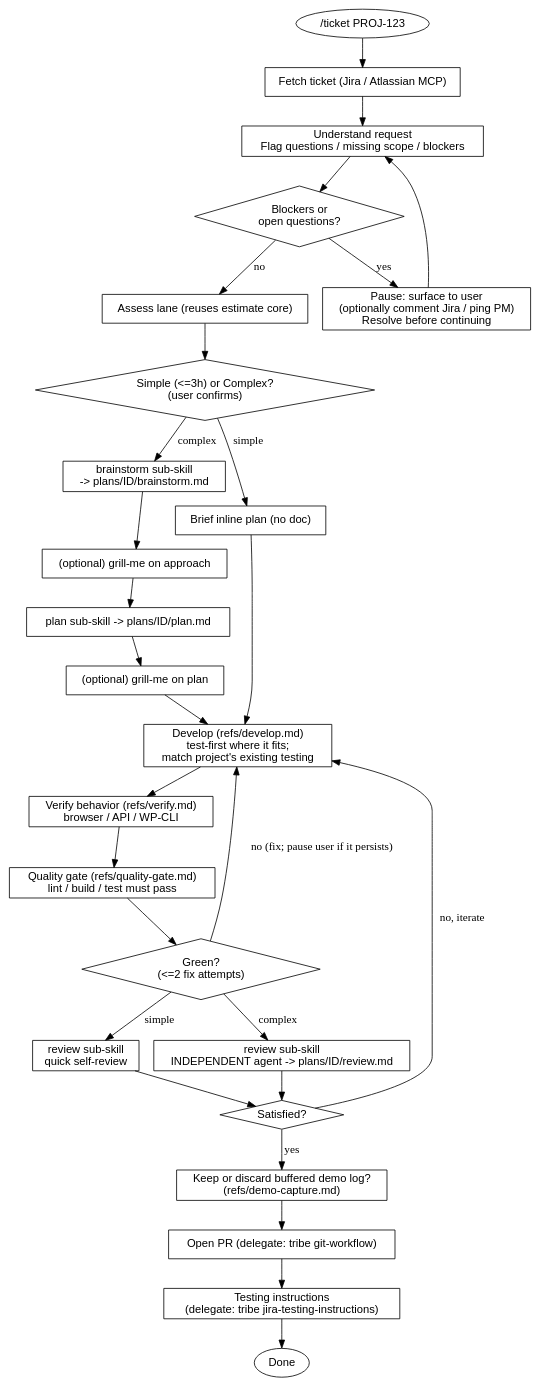
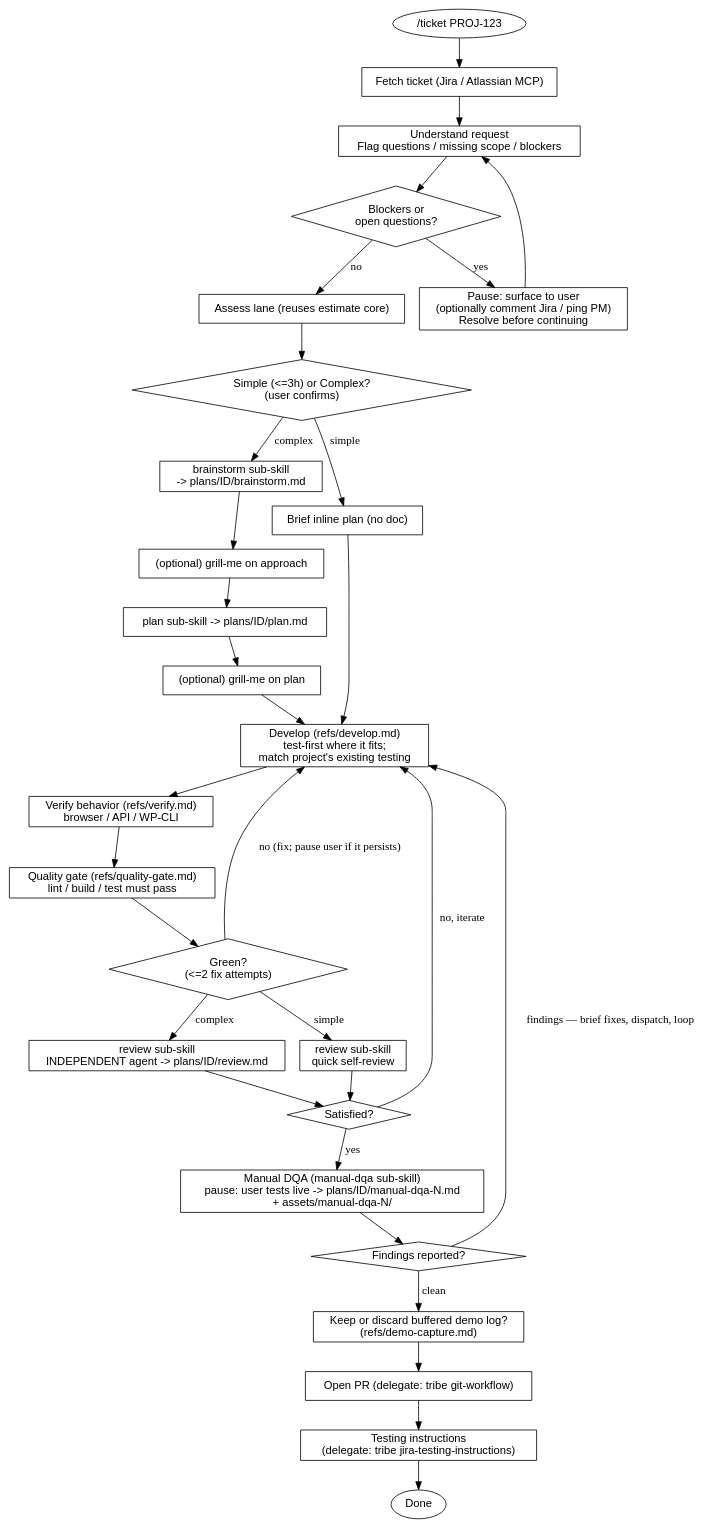
One commit to LayaTaal/tribe-harness changed the diagram in references/decision-tree.md. Above: the diagram before and after it, drawn with Graphviz. The commit also changed other lines of this file and 4 other files, not shown here.

First line of the commit message:
Add manual DQA stage to ticket workflow

````diff
--- a/references/decision-tree.md
+++ b/references/decision-tree.md
@@ -7,45 +7,50 @@
 ```dot
 digraph ticket_workflow {
   rankdir=TB; node [shape=box, fontname="Helvetica"];
   start      [shape=oval, label="/ticket PROJ-123"];
   fetch      [label="Fetch ticket (Jira / Atlassian MCP)"];
   understand [label="Understand request\nFlag questions / missing scope / blockers"];
   blocked    [shape=diamond, label="Blockers or\nopen questions?"];
   pause      [label="Pause: surface to user\n(optionally comment Jira / ping PM)\nResolve before continuing"];
   assess     [label="Assess lane (reuses estimate core)"];
   confirm    [shape=diamond, label="Simple (<=3h) or Complex?\n(user confirms)"];
 
   brainstorm [label="brainstorm sub-skill\n-> plans/ID/brainstorm.md"];
   grill1     [label="(optional) grill-me on approach"];
   plan_c     [label="plan sub-skill -> plans/ID/plan.md"];
   grill2     [label="(optional) grill-me on plan"];
   plan_s     [label="Brief inline plan (no doc)"];
 
   develop    [label="Develop (refs/develop.md)\ntest-first where it fits;\nmatch project's existing testing"];
   verify     [label="Verify behavior (refs/verify.md)\nbrowser / API / WP-CLI"];
   gate       [label="Quality gate (refs/quality-gate.md)\nlint / build / test must pass"];
   gatecheck  [shape=diamond, label="Green?\n(<=2 fix attempts)"];
   review_c   [label="review sub-skill\nINDEPENDENT agent -> plans/ID/review.md"];
   review_s   [label="review sub-skill\nquick self-review"];
   satisfied  [shape=diamond, label="Satisfied?"];
+  dqa        [label="Manual DQA (manual-dqa sub-skill)\npause: user tests live -> plans/ID/manual-dqa-N.md\n+ assets/manual-dqa-N/"];
+  dqacheck   [shape=diamond, label="Findings reported?"];
   demodecide [label="Keep or discard buffered demo log?\n(refs/demo-capture.md)"];
   pr         [label="Open PR (delegate: tribe git-workflow)"];
   testing    [label="Testing instructions\n(delegate: tribe jira-testing-instructions)"];
   done       [shape=oval, label="Done"];
 
   start->fetch->understand->blocked;
   blocked->pause [label="yes"]; pause->understand;
   blocked->assess [label="no"]; assess->confirm;
   confirm->brainstorm [label="complex"];
   brainstorm->grill1->plan_c->grill2->develop;
   confirm->plan_s [label="simple"]; plan_s->develop;
   develop->verify;
   verify->gate->gatecheck;
   gatecheck->develop [label="no (fix; pause user if it persists)"];
   gatecheck->review_c [label="complex"]; gatecheck->review_s [label="simple"];
   review_c->satisfied; review_s->satisfied;
-  satisfied->develop [label="no, iterate"]; satisfied->demodecide [label="yes"];
+  satisfied->develop [label="no, iterate"]; satisfied->dqa [label="yes"];
+  dqa->dqacheck;
+  dqacheck->develop [label="findings — brief fixes, dispatch, loop"];
+  dqacheck->demodecide [label="clean"];
   demodecide->pr;
   pr->testing->done;
 }
 ```
````
